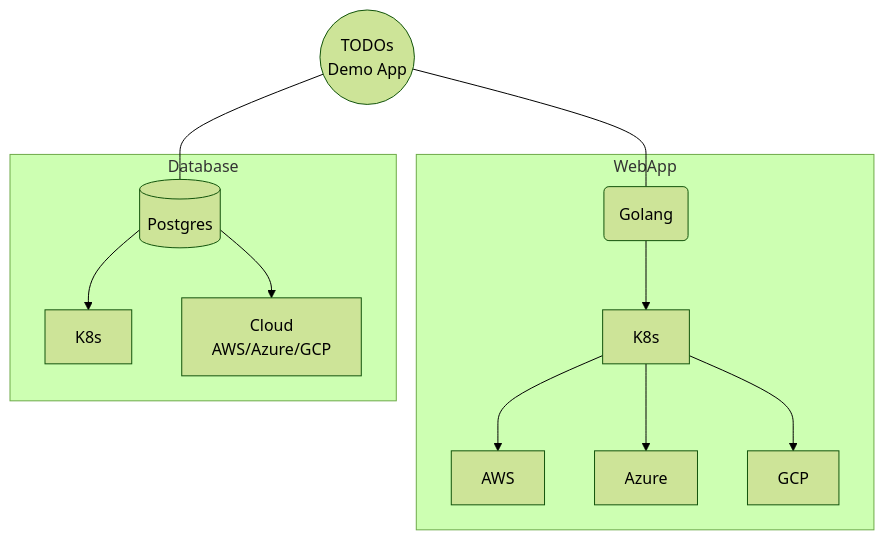
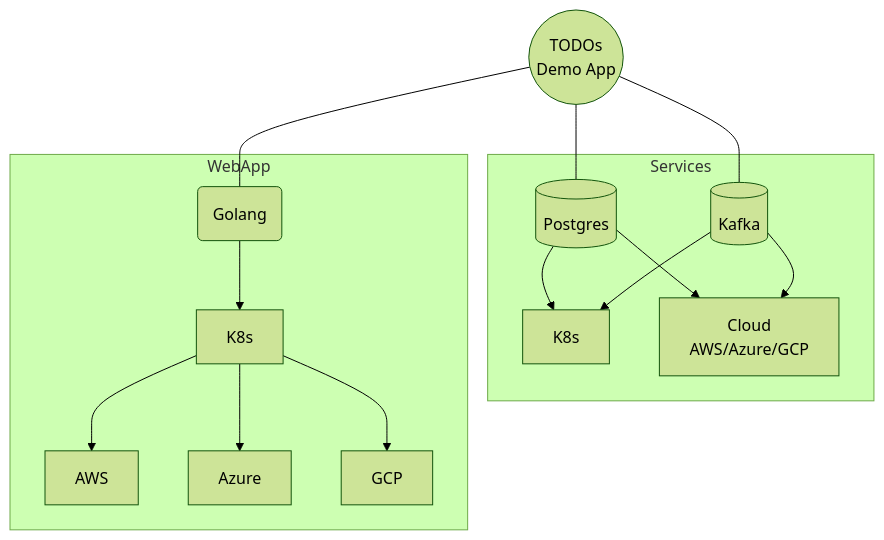
One commit to luebken/todos changed the diagram in readme.md. Above: the diagram before and after it, drawn with Mermaid (forest theme). The commit also changed other lines of this file and 5 other files, not shown here.

````diff
--- a/readme.md
+++ b/readme.md
@@ -8,15 +8,18 @@
 ```mermaid
 flowchart TD
     TODOs((TODOs<br>Demo App)) --- Golang(Golang)
     TODOs --- Postgres[(Postgres)]
+    TODOs --- Kafka[(Kafka)]
+    subgraph Services
+        Postgres --> K8s2[K8s]
+        Postgres --> Cloud[Cloud<br>AWS/Azure/GCP]
+        Kafka --> K8s2[K8s]
+        Kafka --> Cloud[Cloud<br>AWS/Azure/GCP]
+    end
     subgraph WebApp
         Golang --> K8s
         K8s --> AWS 
         K8s --> Azure 
         K8s --> GCP    
     end
-    subgraph Database
-        Postgres --> K8s2[K8s]
-        Postgres --> Cloud[Cloud<br>AWS/Azure/GCP]
-    end
 ```
````
